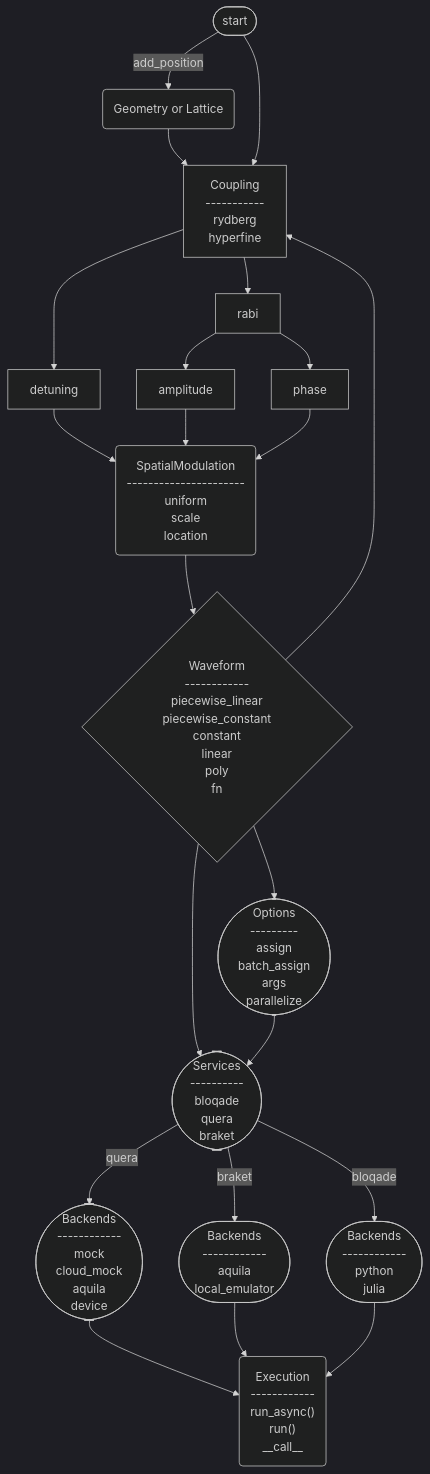
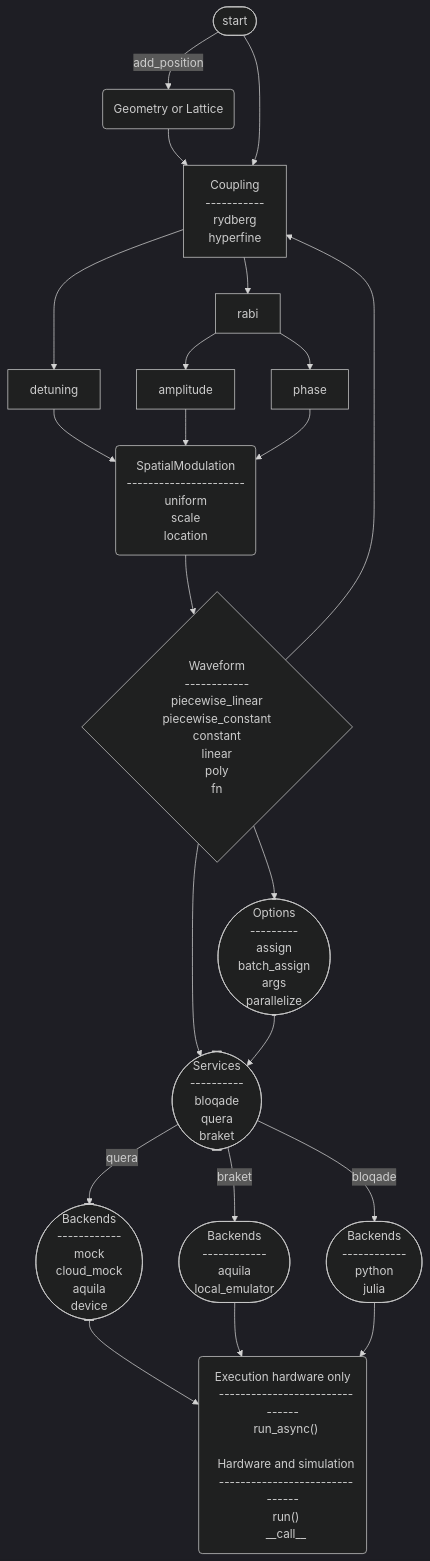
Before and after one commit to QuEraComputing/bloqade-python: the diagram in docs/reference/standard.md, drawn with Mermaid (dark theme). The commit also changed other lines of this file, not shown here.

Commit message:
adding links to API reference in builder diagram.

````diff
--- a/docs/reference/standard.md
+++ b/docs/reference/standard.md
@@ -65,9 +65,13 @@
   python
   julia"])
 
-  Execution("Execution
-  ------------
+  Execution("
+  Execution hardware only
+  -------------------------------
   run_async()
+
+  Hardware and simulation
+  -------------------------------
   run()
   __call__")
 
@@ -99,6 +103,20 @@
   BraketBackends --> Execution;
   BloqadeBackends --> Execution;
 
-  click ProgramStart "../reference/bloqade/builder/start/";
+  click ProgramStart "../bloqade/#bloqade.start";
+  click Geometry "../bloqade/atom_arrangement/";
+  click Coupling "../bloqade/builder/drive/";
+  click Detuning "../bloqade/builder/field/#bloqade.builder.field.Detuning";
+  click Rabi "../bloqade/builder/field/#bloqade.builder.field.Rabi";
+  click Amplitude "../bloqade/builder/field/#bloqade.builder.field.Amplitude";
+  click Phase "../bloqade/builder/field/#bloqade.builder.field.Phase";
+  click SpaceModulation "../bloqade/builder/spatial/";
+  click Waveform "../bloqade/builder/waveform/";
+  click Options "../bloqade/builder/pragmas/";
+  click Services "../bloqade/builder/backend/";
+  click QuEraBackends "../bloqade/builder/backend/quera/#bloqade.builder.backend.quera.QuEraDeviceRoute";
+  click BraketBackends "../bloqade/builder/backend/braket/#bloqade.builder.backend.braket.BraketDeviceRoute";
+  click BloqadeBackends "../bloqade/builder/backend/bloqade/#bloqade.builder.backend.bloqade.BloqadeBackend";
+  click Execution "../bloqade/ir/routine/braket/#bloqade.ir.routine.braket.BraketRoutine";
 
 ```
````
